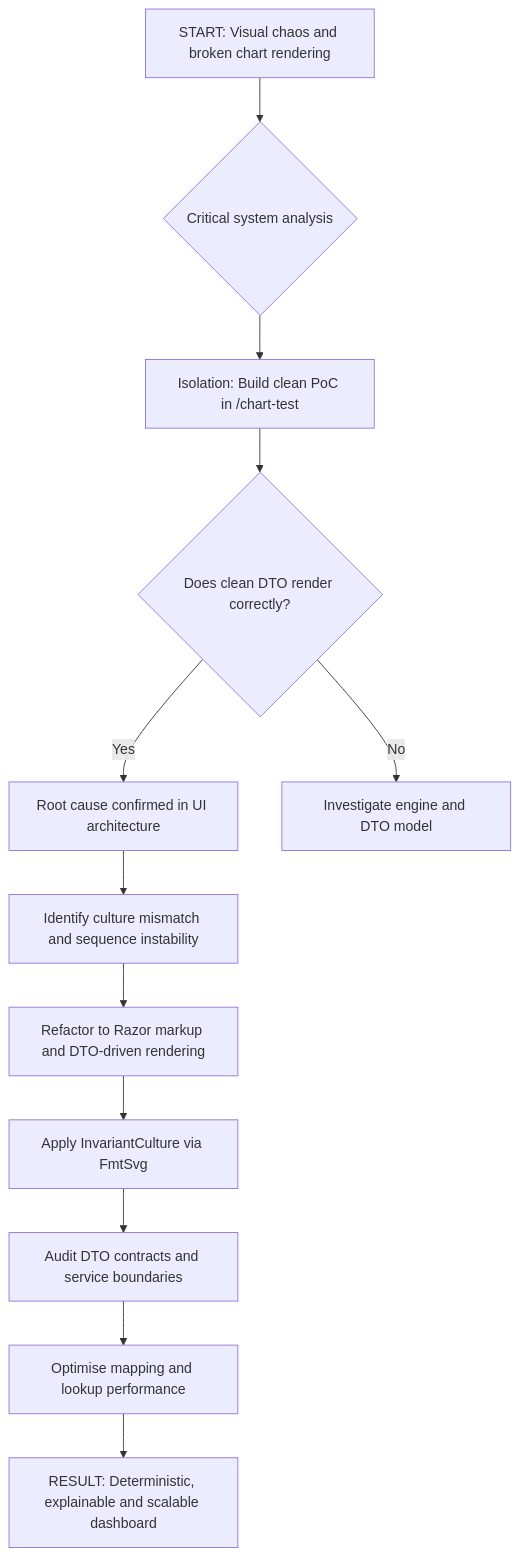
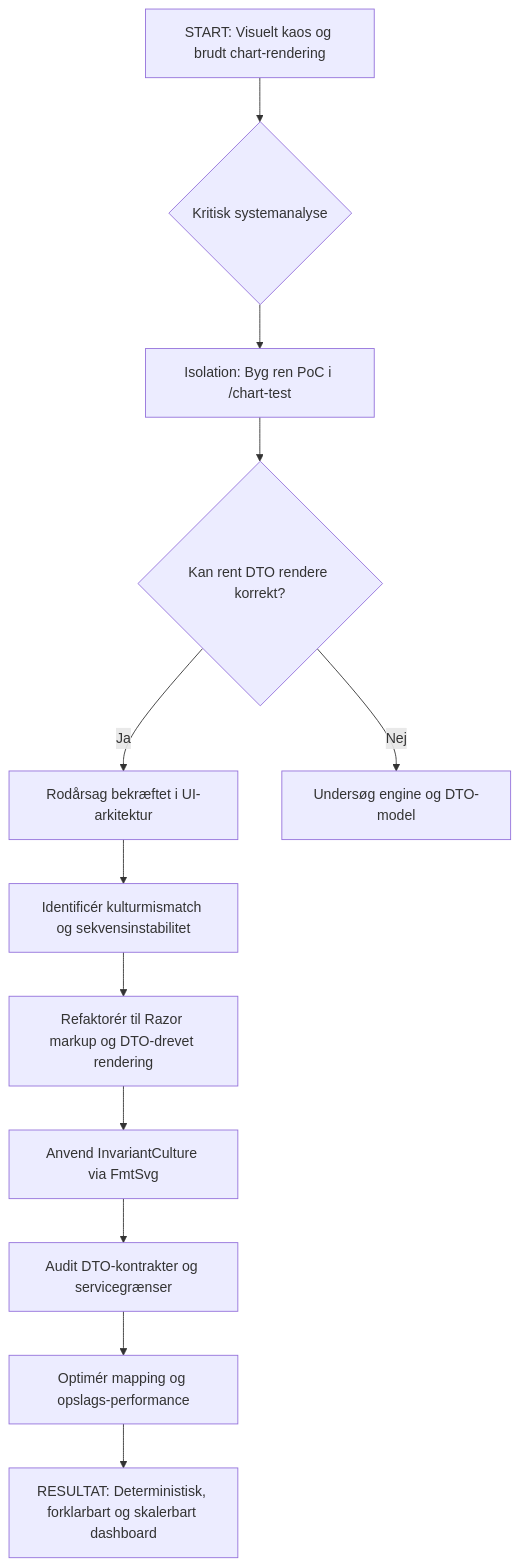
The first of 2 diagrams in docs/DEVELOPER_LOG.md (jonbach2012-design/PackagingTenderTool), drawn with Mermaid before and after one commit. The commit also changed other lines of this file, not shown here.

````diff
--- a/docs/DEVELOPER_LOG.md
+++ b/docs/DEVELOPER_LOG.md
@@ -373,14 +419,14 @@
 ```mermaid
 flowchart TD
-    A[START: Visual chaos and broken chart rendering] --> B{Critical system analysis}
-    B --> C[Isolation: Build clean PoC in /chart-test]
-    C --> D{Does clean DTO render correctly?}
-    D -- Yes --> E[Root cause confirmed in UI architecture]
-    D -- No --> X[Investigate engine and DTO model]
-    E --> F[Identify culture mismatch and sequence instability]
-    F --> G[Refactor to Razor markup and DTO-driven rendering]
-    G --> H[Apply InvariantCulture via FmtSvg]
-    H --> I[Audit DTO contracts and service boundaries]
-    I --> J[Optimise mapping and lookup performance]
-    J --> K[RESULT: Deterministic, explainable and scalable dashboard]
+    A[START: Visuelt kaos og brudt chart-rendering] --> B{Kritisk systemanalyse}
+    B --> C[Isolation: Byg ren PoC i /chart-test]
+    C --> D{Kan rent DTO rendere korrekt?}
+    D -- Ja --> E[Rodårsag bekræftet i UI-arkitektur]
+    D -- Nej --> X[Undersøg engine og DTO-model]
+    E --> F[Identificér kulturmismatch og sekvensinstabilitet]
+    F --> G[Refaktorér til Razor markup og DTO-drevet rendering]
+    G --> H[Anvend InvariantCulture via FmtSvg]
+    H --> I[Audit DTO-kontrakter og servicegrænser]
+    I --> J[Optimér mapping og opslags-performance]
+    J --> K[RESULTAT: Deterministisk, forklarbart og skalerbart dashboard]
 ```
````
